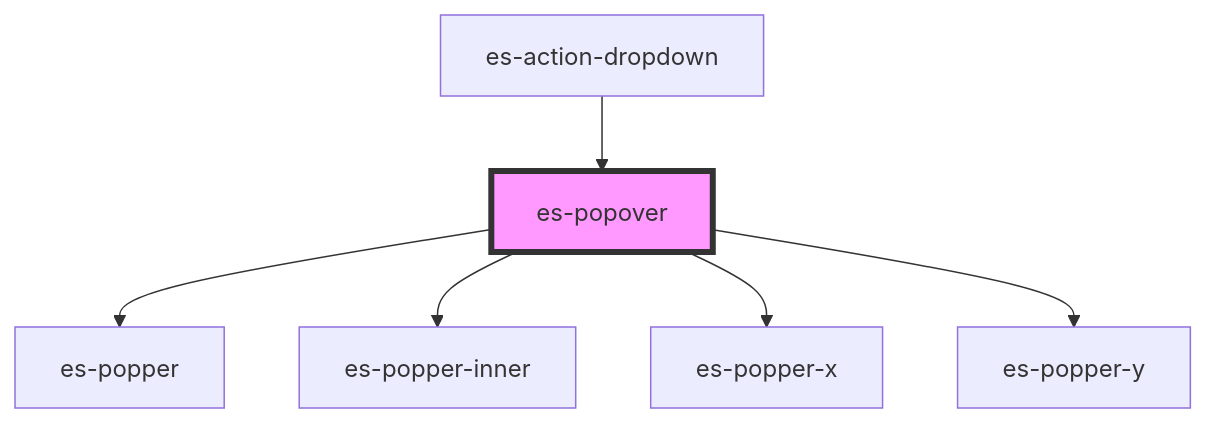
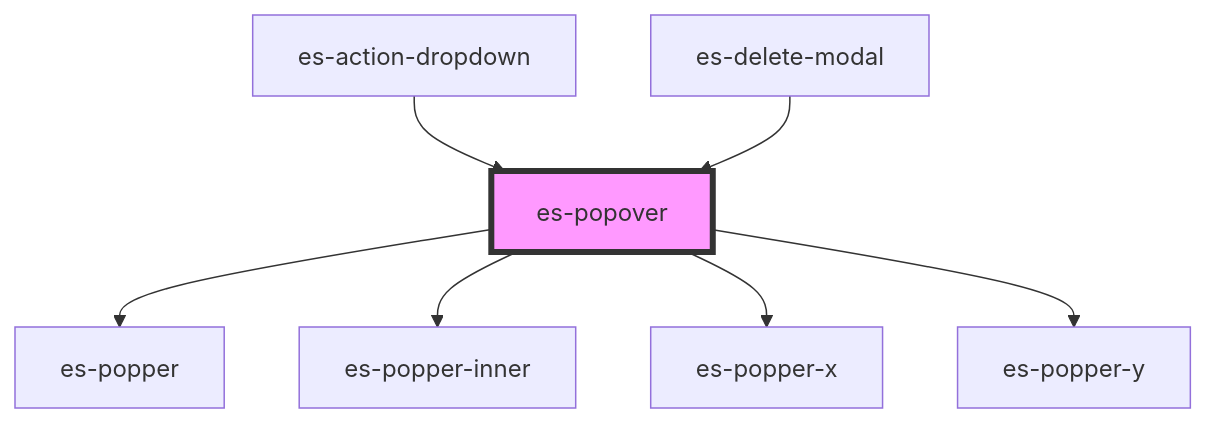
One commit to EventStore/Design-System changed the diagram in packages/components/src/components/es-popover/readme.md. Above: the diagram before and after it, drawn with Mermaid. The commit also changed other lines of this file and 9 other files, not shown here.

Commit message:
Add "type to delete" to `es-delete-modal` - Add to prop to `es-action-delete` to enable / disable

````diff
--- a/packages/components/src/components/es-popover/readme.md
+++ b/packages/components/src/components/es-popover/readme.md
@@ -240,9 +241,10 @@
 ```mermaid
 graph TD;
   es-popover --> es-popper
   es-popover --> es-popper-inner
   es-popover --> es-popper-x
   es-popover --> es-popper-y
   es-action-dropdown --> es-popover
+  es-delete-modal --> es-popover
   style es-popover fill:#f9f,stroke:#333,stroke-width:4px
 ```
````
